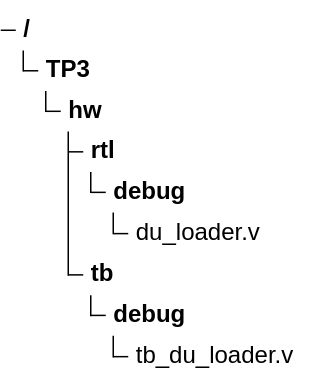
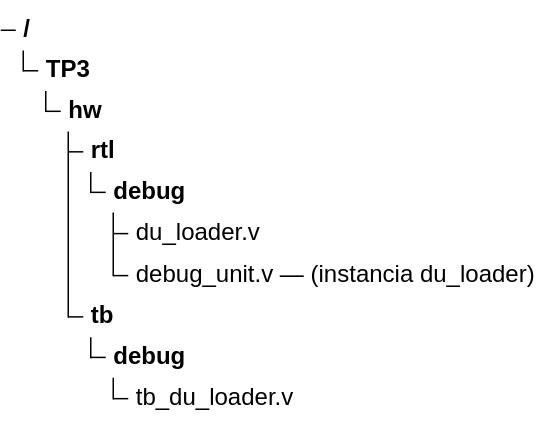
One commit to nicopinera/tps-arqui changed diagram 29 of 47 in docs/PRD-pipeline-riscv.md. Above: the diagram before and after it, drawn with Mermaid. The commit also changed other lines of this file and 32 other files, not shown here.

First line of the commit message:
Feature/us104 - Especificación del Protocolo de la Debug Unit (#7)

````diff
--- a/docs/PRD-pipeline-riscv.md
+++ b/docs/PRD-pipeline-riscv.md
@@ -1487,11 +1549,12 @@
 ```mermaid
 treeView-beta
     "TP3/"
         "hw/"
             "rtl/"
                 "debug/"
                     "du_loader.v"
+                    "debug_unit.v — (instancia du_loader)"
             "tb/"
                 "debug/"
                     "tb_du_loader.v"
 ```
````
